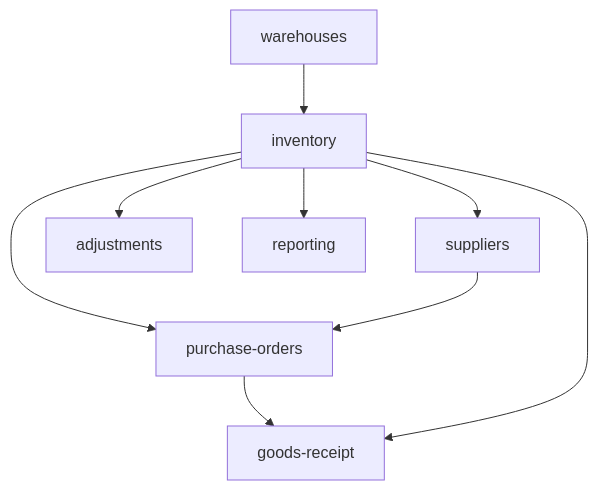
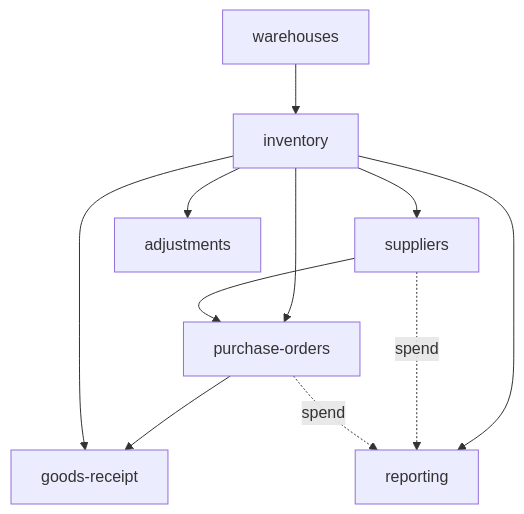
The diagram in vault/domains/operations/_index.md (Max-Nijenkamp/FlowFlex), drawn with Mermaid before and after one commit. The commit also changed other lines of this file and 2956 other files, not shown here.

````diff
--- a/vault/domains/operations/_index.md
+++ b/vault/domains/operations/_index.md
@@ -43,11 +51,13 @@
 ```mermaid
 graph TD
     warehouses --> inventory
     inventory --> suppliers
-    inventory --> purchase-orders
-    suppliers --> purchase-orders
-    purchase-orders --> goods-receipt
-    inventory --> goods-receipt
+    inventory --> purchase_orders[purchase-orders]
+    suppliers --> purchase_orders
+    purchase_orders --> goods_receipt[goods-receipt]
+    inventory --> goods_receipt
     inventory --> adjustments
     inventory --> reporting
+    suppliers -.spend.-> reporting
+    purchase_orders -.spend.-> reporting
 ```
````
